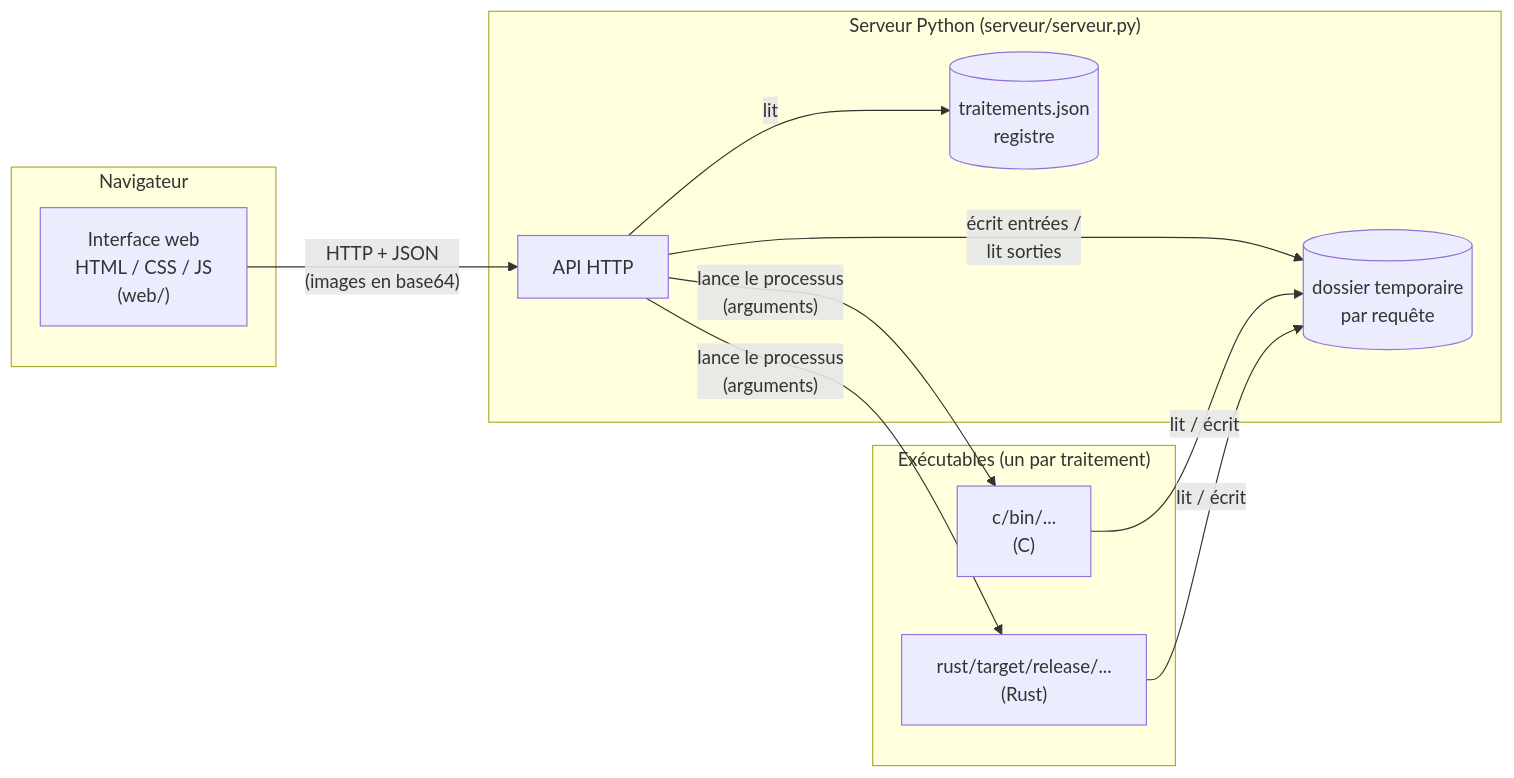
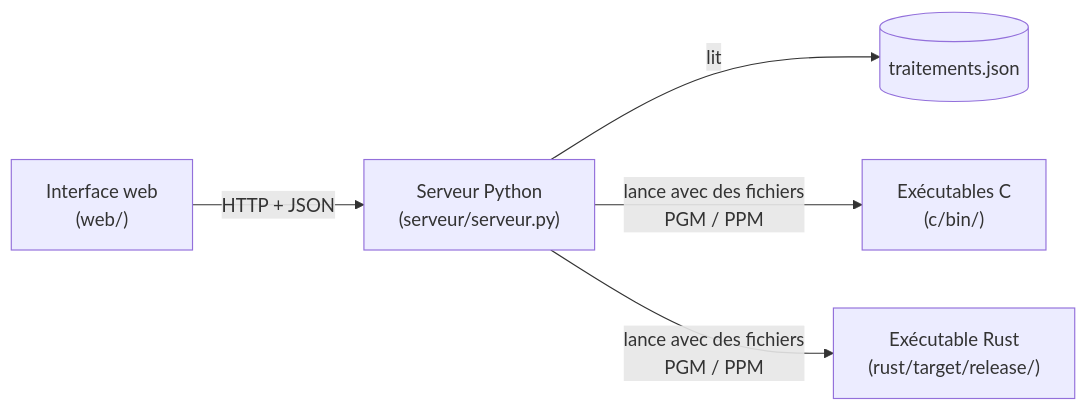
Before and after one commit to traitement-image-M2-GI/traitement-image: the diagram in README.md, drawn with Mermaid. The commit also changed other lines of this file and 14 other files, not shown here.

````diff
--- a/README.md
+++ b/README.md
@@ -50,23 +69,7 @@
 ```mermaid
 flowchart LR
-    subgraph Navigateur
-        UI["Interface web<br/>HTML / CSS / JS<br/>(web/)"]
-    end
-    subgraph Serveur["Serveur Python (serveur/serveur.py)"]
-        API["API HTTP"]
-        REG[("traitements.json<br/>registre")]
-        TMP[("dossier temporaire<br/>par requête")]
-    end
-    subgraph Exe["Exécutables (un par traitement)"]
-        C["c/bin/...<br/>(C)"]
-        R["rust/target/release/...<br/>(Rust)"]
-    end
-
-    UI -- "HTTP + JSON<br/>(images en base64)" --> API
-    API -- "lit" --> REG
-    API -- "écrit entrées /<br/>lit sorties" --> TMP
-    API -- "lance le processus<br/>(arguments)" --> C
-    API -- "lance le processus<br/>(arguments)" --> R
-    C -- "lit / écrit" --> TMP
-    R -- "lit / écrit" --> TMP
+    UI["Interface web<br/>(web/)"] -- "HTTP + JSON" --> S["Serveur Python<br/>(serveur/serveur.py)"]
+    S -- "lit" --> REG[("traitements.json")]
+    S -- "lance avec des fichiers<br/>PGM / PPM" --> C["Exécutables C<br/>(c/bin/)"]
+    S -- "lance avec des fichiers<br/>PGM / PPM" --> R["Exécutable Rust<br/>(rust/target/release/)"]
 ```
````
